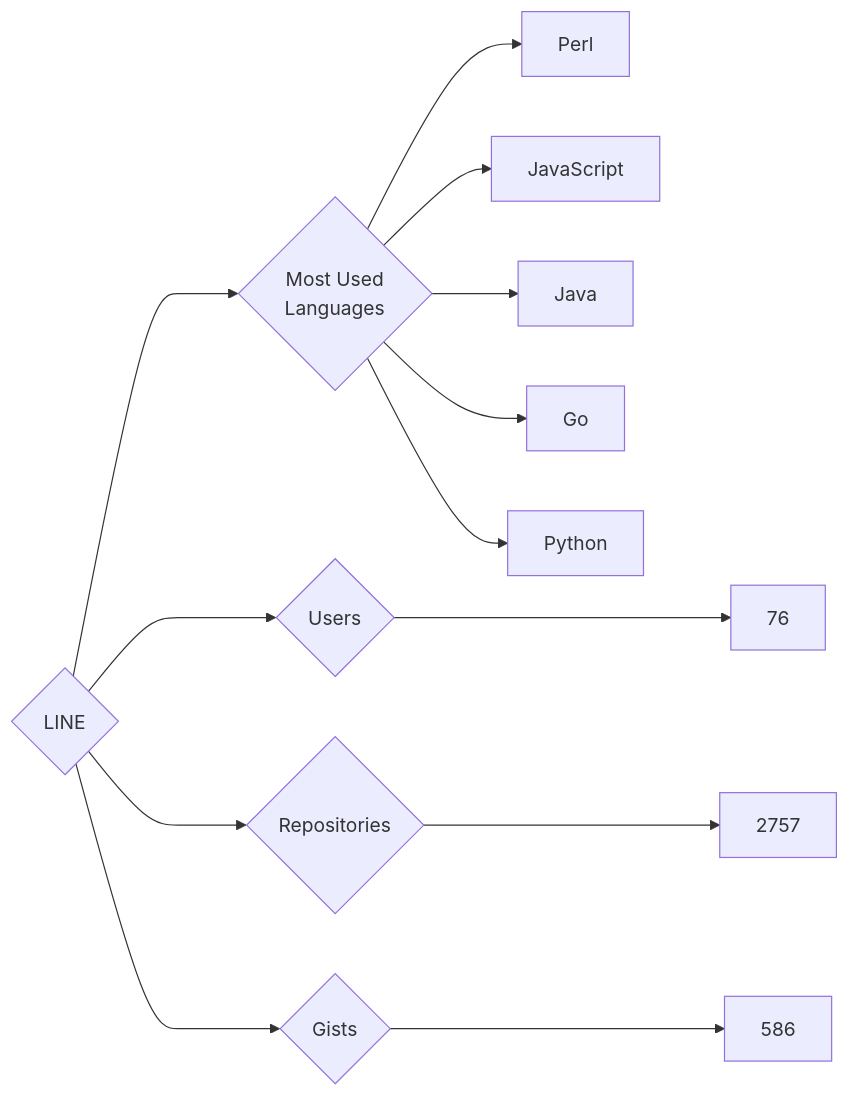
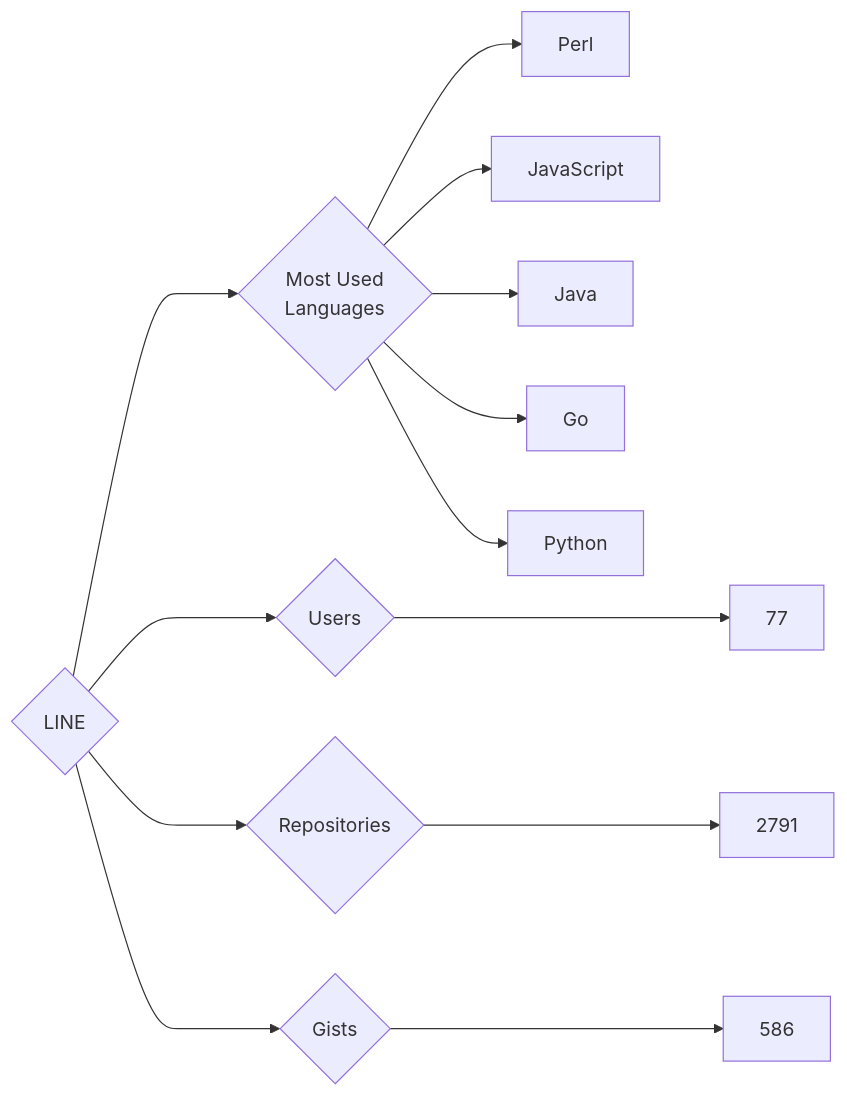
Before and after one commit to trickest/insiders: the diagram in targets/LINE/README.md, drawn with Mermaid. The commit also changed 894 other files, not shown here.

````diff
--- a/targets/LINE/README.md
+++ b/targets/LINE/README.md
@@ -3,13 +3,13 @@
 ```mermaid
 graph LR
 COMPANY_NAME{LINE}
-COMPANY_NAME ---> U{Users} ---> UN[76]
-COMPANY_NAME ---> R{Repositories} ---> RN[2757]
+COMPANY_NAME ---> U{Users} ---> UN[77]
+COMPANY_NAME ---> R{Repositories} ---> RN[2791]
 COMPANY_NAME ---> G{Gists} ---> GN[586]
 COMPANY_NAME ---> ML{Most Used<br>Languages}
 ML --> Perl[Perl]
 ML --> JavaScript[JavaScript]
 ML --> Java[Java]
 ML --> Go[Go]
 ML --> Python[Python]
 ```
````
